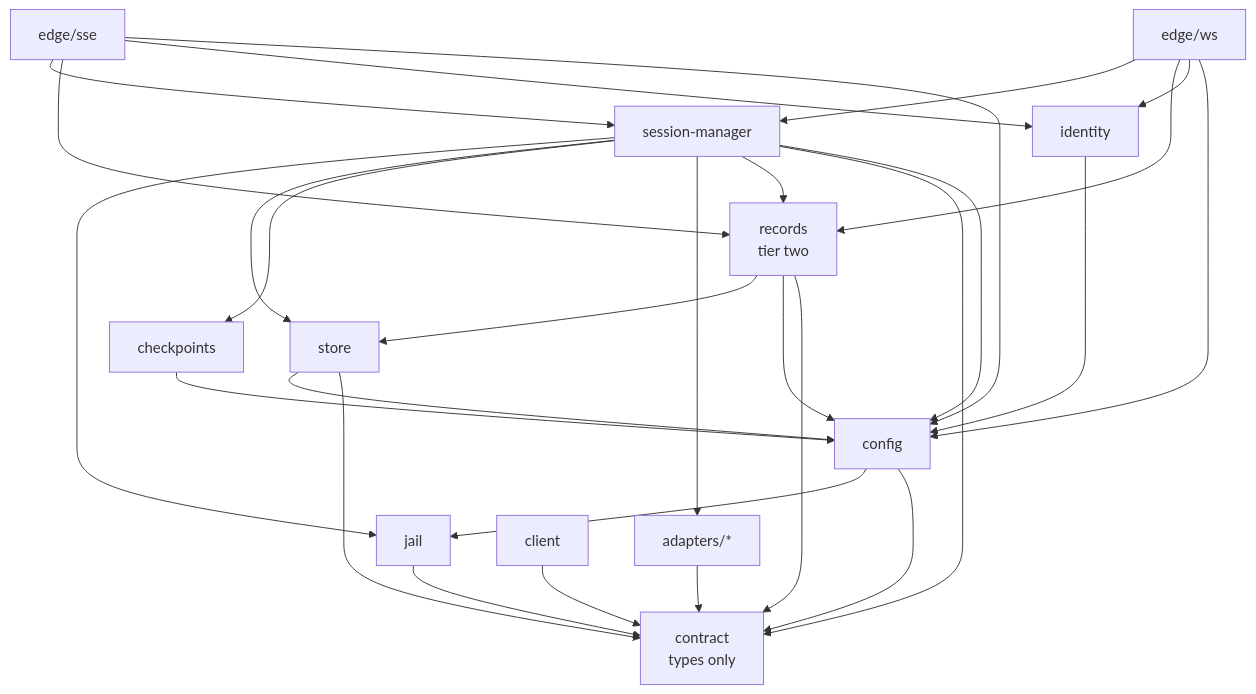
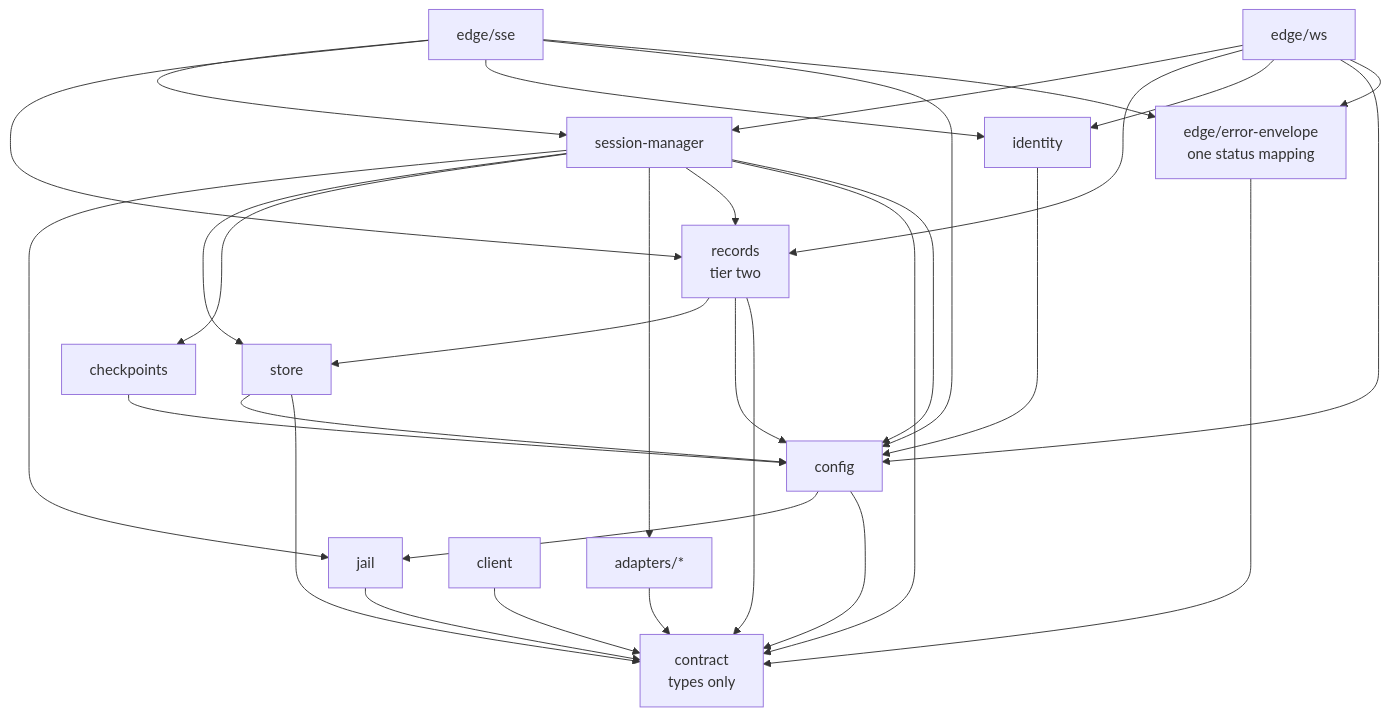
The second of 2 diagrams in design/10-design.md (The-Running-Dev/SubZeroDev.SkyNetHR), drawn with Mermaid before and after one commit. The commit also changed other lines of this file and 2 other files, not shown here.

````diff
--- a/design/10-design.md
+++ b/design/10-design.md
@@ -869,43 +879,47 @@
 ```mermaid
 flowchart TD
     CT["contract<br/>types only"]
     CF["config"]
     ID["identity"]
     JL["jail"]
     ST["store"]
     CK["checkpoints"]
     AD["adapters/*"]
     RC["records<br/>tier two"]
     SM["session-manager"]
+    EE["edge/error-envelope<br/>one status mapping"]
     EH["edge/sse"]
     EW["edge/ws"]
     CL["client"]
 
     SM --> JL
     SM --> ST
     SM --> CK
     SM --> AD
     SM --> RC
     SM --> CT
     SM --> CF
     EH --> SM
     EH --> RC
     EH --> ID
     EH --> CF
+    EH --> EE
     EW --> SM
     EW --> RC
     EW --> ID
     EW --> CF
+    EW --> EE
+    EE --> CT
     ID --> CF
     CF --> JL
     CF --> CT
     ST --> CF
     CK --> CF
     RC --> ST
     RC --> CF
     RC --> CT
     AD --> CT
     JL --> CT
     ST --> CT
     CL --> CT
 ```
````
